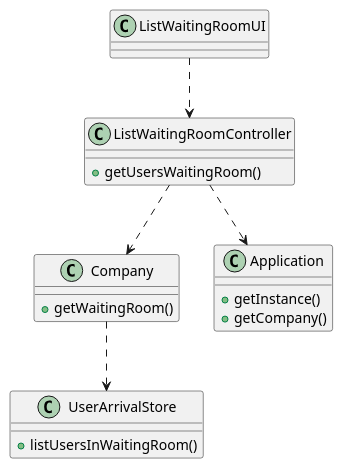
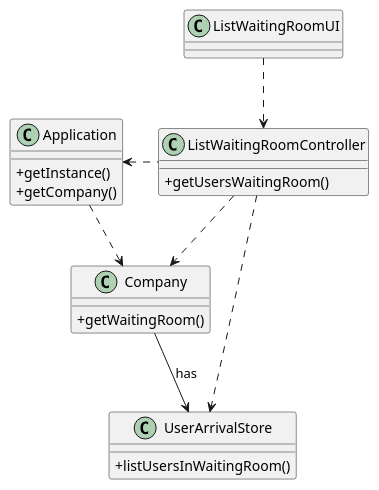
Before and after one commit to diogonapoles/isep-lapr2: the diagram in docs/SprintC/US5/US5_CD.puml, drawn with PlantUML. The commit also changed 6 other files, not shown here.

```diff
--- a/docs/SprintC/US5/US5_CD.puml
+++ b/docs/SprintC/US5/US5_CD.puml
@@ -1,26 +1,30 @@
 @startuml
 'https://plantuml.com/class-diagram
+skinparam classAttributeIconSize 0
+
 class ListWaitingRoomUI
 class ListWaitingRoomController{
 +getUsersWaitingRoom()
 }
 class Company{
 +getWaitingRoom()
 }
 class UserArrivalStore{
 +listUsersInWaitingRoom()
 }
 class Application{
 +getInstance()
 +getCompany()
 }
 
 
 ListWaitingRoomUI ..> ListWaitingRoomController
 ListWaitingRoomController ..> Company
-ListWaitingRoomController ..> Application
-Company ..> UserArrivalStore
+ListWaitingRoomController .left.> Application
+Application ..> Company
+ListWaitingRoomController ..> UserArrivalStore
+Company --> UserArrivalStore : has
 
 
 
 @enduml
```
